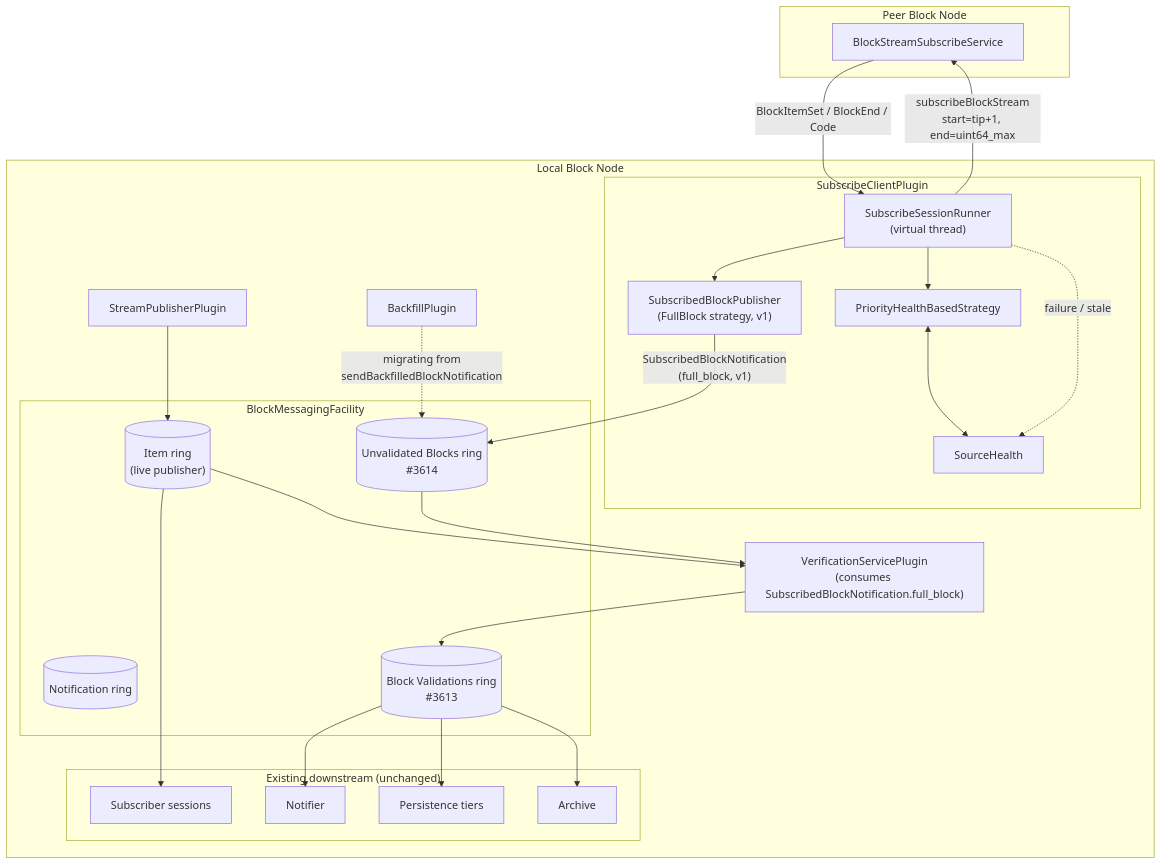
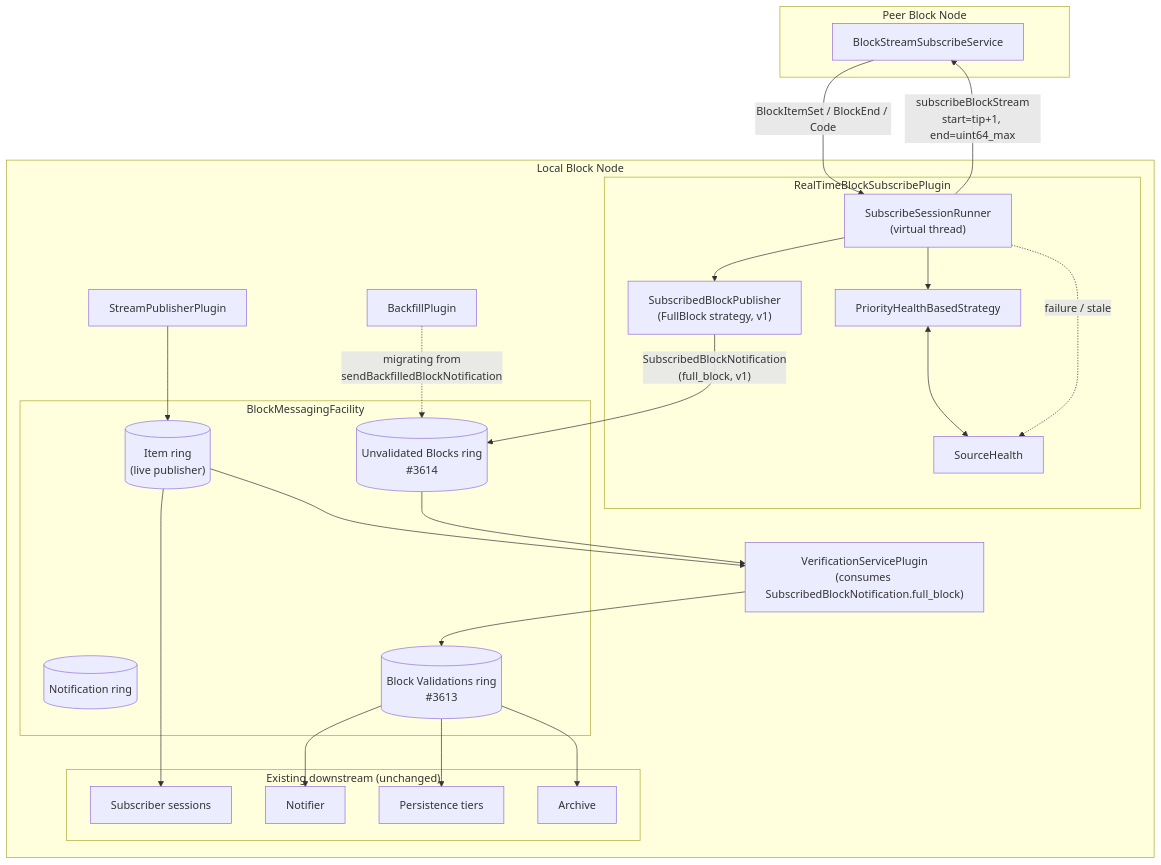
Before and after one commit to hiero-ledger/hiero-block-node: the first of 2 diagrams in docs/design/streaming/subscribe-client-plugin.md, drawn with Mermaid. The commit also changed other lines of this file, not shown here.

First line of the commit message:
docs(streaming): mirror the scaffold's identifier rename (SubscribeClient -> RealTimeBlockSubscribe)

````diff
--- a/docs/design/streaming/subscribe-client-plugin.md
+++ b/docs/design/streaming/subscribe-client-plugin.md
@@ -455,52 +455,52 @@
 ```mermaid
 flowchart TB
   subgraph Peer["Peer Block Node"]
     PSS["BlockStreamSubscribeService"]
   end
 
   subgraph Local["Local Block Node"]
-    subgraph Plugin["SubscribeClientPlugin"]
+    subgraph Plugin["RealTimeBlockSubscribePlugin"]
       SSR["SubscribeSessionRunner<br/>(virtual thread)"]
       SBP["SubscribedBlockPublisher<br/>(FullBlock strategy, v1)"]
       SEL["PriorityHealthBasedStrategy"]
       SH["SourceHealth"]
     end
 
     subgraph Facility["BlockMessagingFacility"]
       IR[("Item ring<br/>(live publisher)")]
       NR[("Notification ring")]
       VR[("Block Validations ring<br/>#3613")]
       UR[("Unvalidated Blocks ring<br/>#3614")]
     end
 
     SPP["StreamPublisherPlugin"]
     BFP["BackfillPlugin"]
 
     VER["VerificationServicePlugin<br/>(consumes SubscribedBlockNotification.full_block)"]
 
     subgraph Downstream["Existing downstream (unchanged)"]
       SUB["Subscriber sessions"]
       NOT["Notifier"]
       PER["Persistence tiers"]
       ARC["Archive"]
     end
   end
 
   SSR -->|"subscribeBlockStream<br/>start=tip+1, end=uint64_max"| PSS
   PSS -->|"BlockItemSet / BlockEnd / Code"| SSR
   SSR --> SBP
   SBP -->|"SubscribedBlockNotification<br/>(full_block, v1)"| UR
   BFP -.->|"migrating from<br/>sendBackfilledBlockNotification"| UR
   SPP --> IR
   IR --> VER
   UR --> VER
   VER --> VR
   VR --> PER
   VR --> ARC
   VR --> NOT
   IR --> SUB
 
   SEL <--> SH
   SSR --> SEL
   SSR -.->|"failure / stale"| SH
 ```
````
